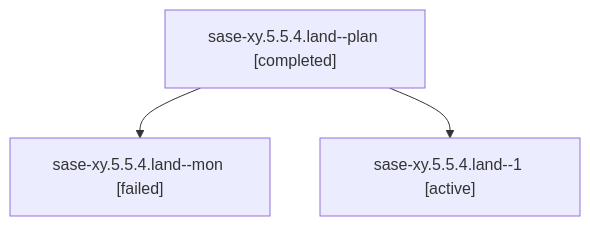
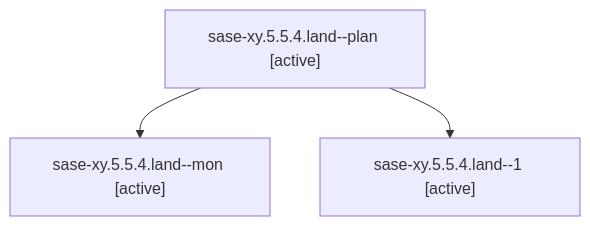
Before and after one commit to sase-org/sase--agents: the diagram in families/bbugyi200.athena.sase-xy.5.5.4.land.md, drawn with Mermaid. The commit also changed other lines of this file and 35830 other files, not shown here.

````diff
--- a/families/bbugyi200.athena.sase-xy.5.5.4.land.md
+++ b/families/bbugyi200.athena.sase-xy.5.5.4.land.md
@@ -9,8 +9,8 @@
 ```mermaid
 flowchart TD
-  n0["sase-xy.5.5.4.land--plan [completed]"]
-  n1["sase-xy.5.5.4.land--mon [failed]"]
+  n0["sase-xy.5.5.4.land--plan [active]"]
+  n1["sase-xy.5.5.4.land--mon [active]"]
   n0 --> n1
   n2["sase-xy.5.5.4.land--1 [active]"]
   n0 --> n2
 ```
````
